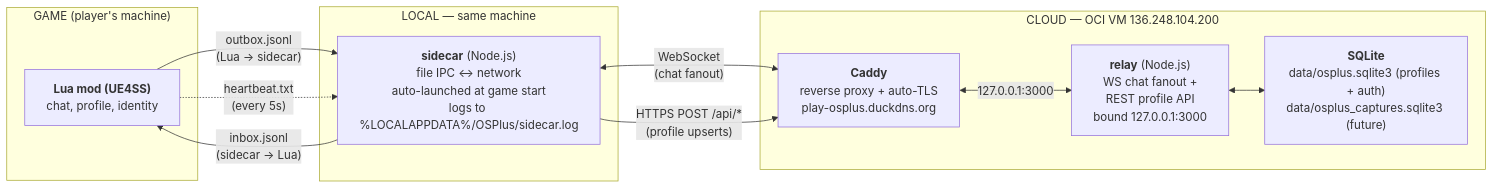
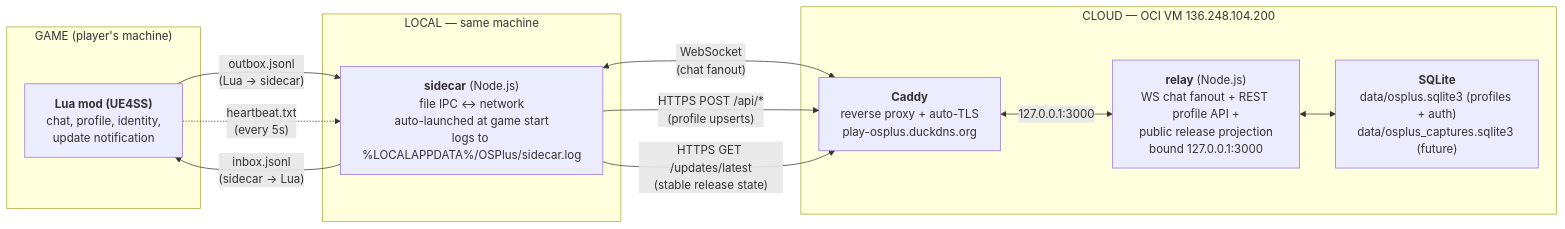
The diagram in docs/architecture/relay.md (LuizinhoF/osplus), drawn with Mermaid before and after one commit. The commit also changed other lines of this file and 45 other files, not shown here.

````diff
--- a/docs/architecture/relay.md
+++ b/docs/architecture/relay.md
@@ -38,25 +38,26 @@
 ```mermaid
 flowchart LR
     subgraph game["GAME (player's machine)"]
-        lua["<b>Lua mod (UE4SS)</b><br/>chat, profile, identity"]
+        lua["<b>Lua mod (UE4SS)</b><br/>chat, profile, identity,<br/>update notification"]
     end
 
     subgraph local["LOCAL — same machine"]
         sidecar["<b>sidecar</b> (Node.js)<br/>file IPC ↔ network<br/>auto-launched at game start<br/>logs to %LOCALAPPDATA%/OSPlus/sidecar.log"]
     end
 
     subgraph cloud["CLOUD — OCI VM 136.248.104.200"]
         caddy["<b>Caddy</b><br/>reverse proxy + auto-TLS<br/>play-osplus.duckdns.org"]
-        relay["<b>relay</b> (Node.js)<br/>WS chat fanout +<br/>REST profile API<br/>bound 127.0.0.1:3000"]
+        relay["<b>relay</b> (Node.js)<br/>WS chat fanout + REST profile API +<br/>public release projection<br/>bound 127.0.0.1:3000"]
         sqlite["<b>SQLite</b><br/>data/osplus.sqlite3 (profiles + auth)<br/>data/osplus_captures.sqlite3 (future)"]
     end
 
     lua -- "outbox.jsonl<br/>(Lua → sidecar)" --> sidecar
     sidecar -- "inbox.jsonl<br/>(sidecar → Lua)" --> lua
     lua -. "heartbeat.txt<br/>(every 5s)" .-> sidecar
 
     sidecar <-- "WebSocket<br/>(chat fanout)" --> caddy
     sidecar -- "HTTPS POST /api/*<br/>(profile upserts)" --> caddy
+    sidecar -- "HTTPS GET /updates/latest<br/>(stable release state)" --> caddy
     caddy <-- 127.0.0.1:3000 --> relay
     relay <--> sqlite
 ```
````
